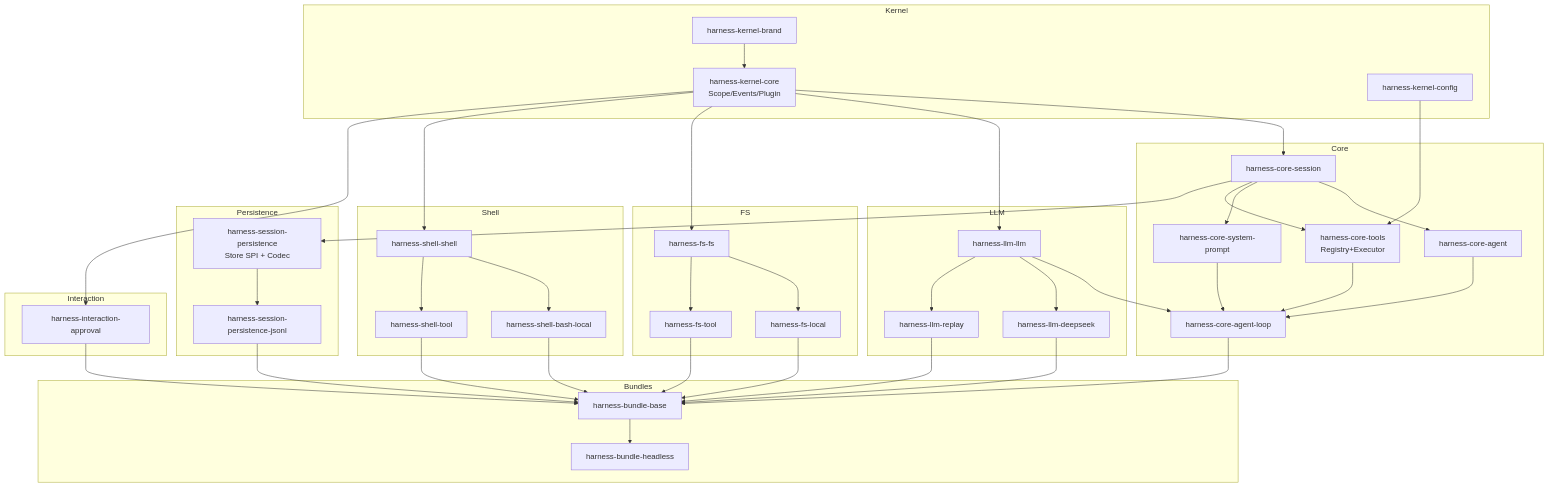
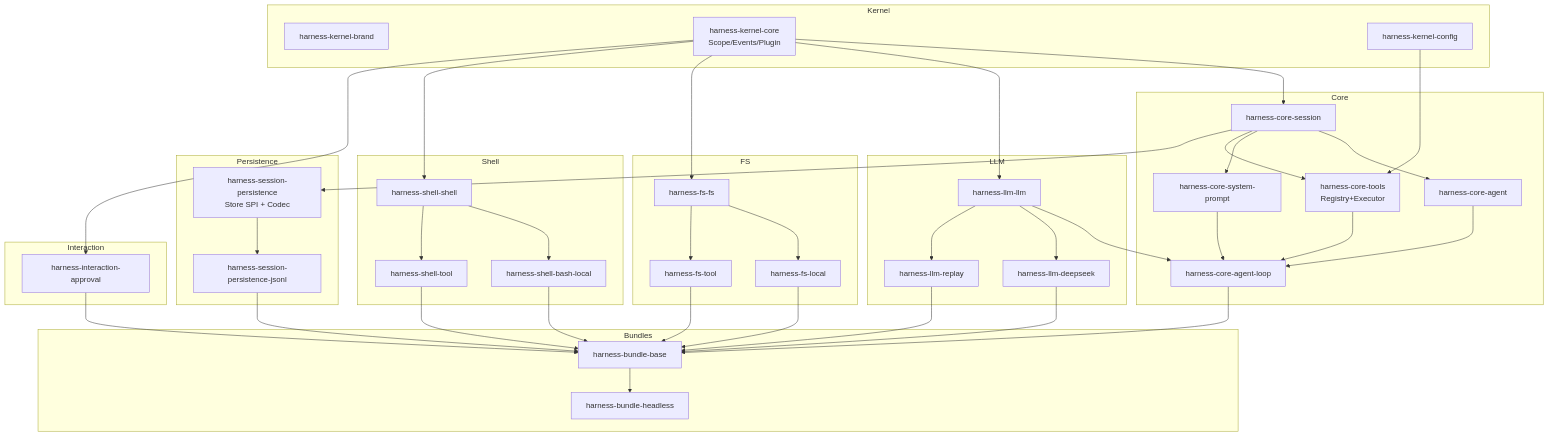
One commit to retreatIsAdvance/javanatic-harness changed the diagram in docs/design/02-module-layout.md. Above: the diagram before and after it, drawn with Mermaid. The commit also changed other lines of this file and 33 other files, not shown here.

```diff
--- a/docs/design/02-module-layout.md
+++ b/docs/design/02-module-layout.md
@@ -152,8 +152,6 @@
         headless[harness-bundle-headless]
     end
 
-    brand --> kcore
-
     kcore --> session
     session --> agent
     session --> sysprompt
```
